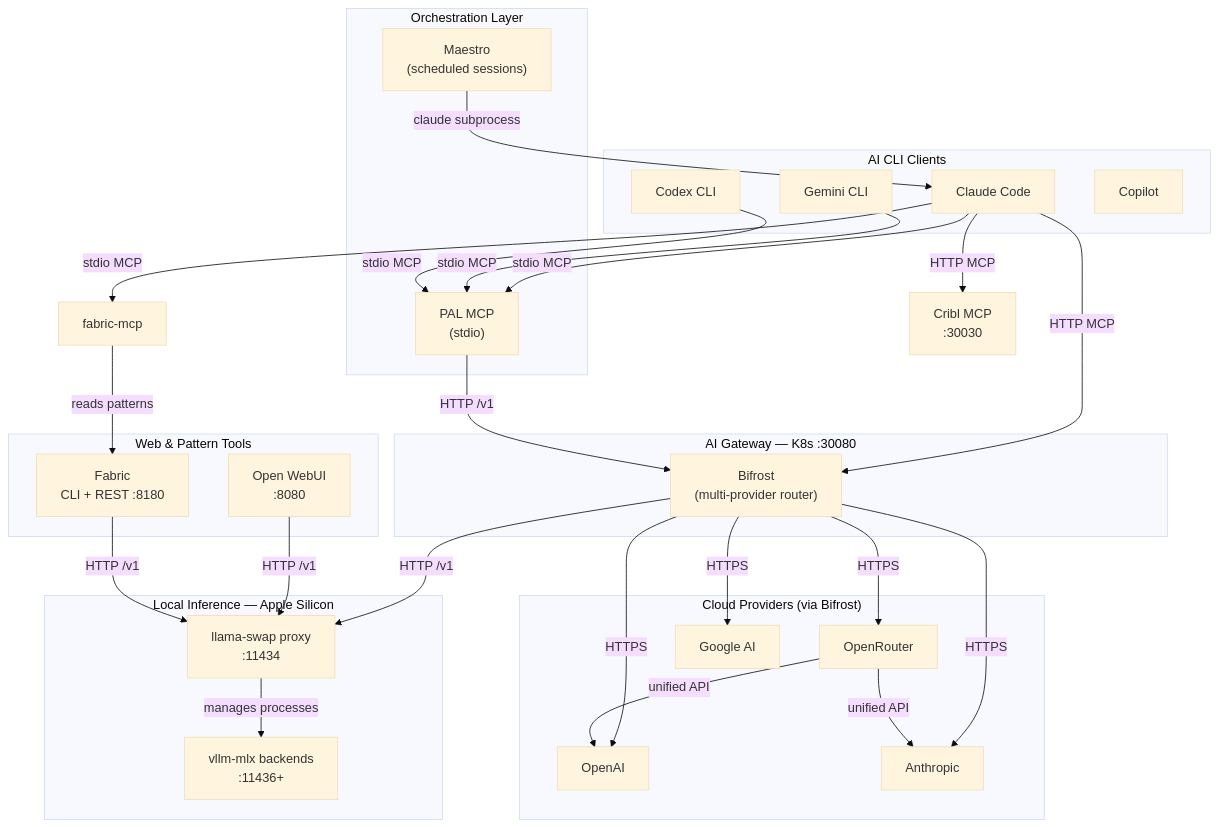
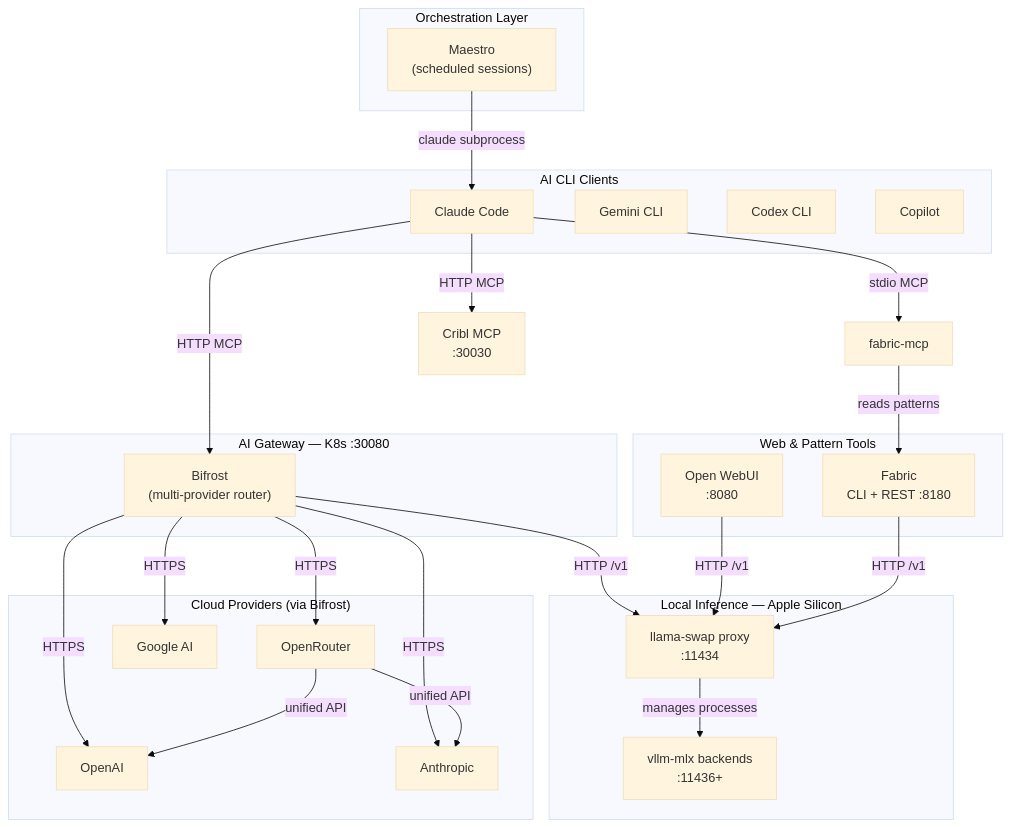
One commit to dryvist/nix-ai changed the first of 4 diagrams in docs/architecture/system-integration-map.md. Above: the diagram before and after it, drawn with Mermaid (base theme). The commit also changed other lines of this file and 41 other files, not shown here.

First line of the commit message:
feat: remove the PAL MCP server and its model-discovery sync

````diff
--- a/docs/architecture/system-integration-map.md
+++ b/docs/architecture/system-integration-map.md
@@ -11,60 +11,55 @@
 ```mermaid
 graph TD
     subgraph Clients["AI CLI Clients"]
         CC["Claude Code"]
         GEM["Gemini CLI"]
         CDX["Codex CLI"]
         COP["Copilot"]
     end
 
     subgraph Orchestration["Orchestration Layer"]
-        PAL["PAL MCP\n(stdio)"]
         MAE["Maestro\n(scheduled sessions)"]
     end
 
     subgraph Gateway["AI Gateway — K8s :30080"]
         BIF["Bifrost\n(multi-provider router)"]
     end
 
     subgraph LocalInference["Local Inference — Apple Silicon"]
         LS["llama-swap proxy\n:11434"]
         VLLM["vllm-mlx backends\n:11436+"]
     end
 
     subgraph WebTools["Web & Pattern Tools"]
         OWU["Open WebUI\n:8080"]
         FAB["Fabric\nCLI + REST :8180"]
     end
 
     subgraph Cloud["Cloud Providers (via Bifrost)"]
         OR["OpenRouter"]
         OAI["OpenAI"]
         ANT["Anthropic"]
         GGL["Google AI"]
     end
 
-    CC -->|stdio MCP| PAL
     CC -->|stdio MCP| FAB_MCP["fabric-mcp"]
     CC -->|HTTP MCP| BIF
     CC -->|HTTP MCP| CRIBL["Cribl MCP\n:30030"]
-    GEM -->|stdio MCP| PAL
-    CDX -->|stdio MCP| PAL
     MAE -->|claude subprocess| CC
 
-    PAL -->|HTTP /v1| BIF
     FAB_MCP -->|reads patterns| FAB
 
     BIF -->|HTTP /v1| LS
     BIF -->|HTTPS| OR
     BIF -->|HTTPS| OAI
     BIF -->|HTTPS| ANT
     BIF -->|HTTPS| GGL
 
     OR -->|unified API| OAI
     OR -->|unified API| ANT
 
     OWU -->|HTTP /v1| LS
     FAB -->|HTTP /v1| LS
 
     LS -->|manages processes| VLLM
 ```
````
